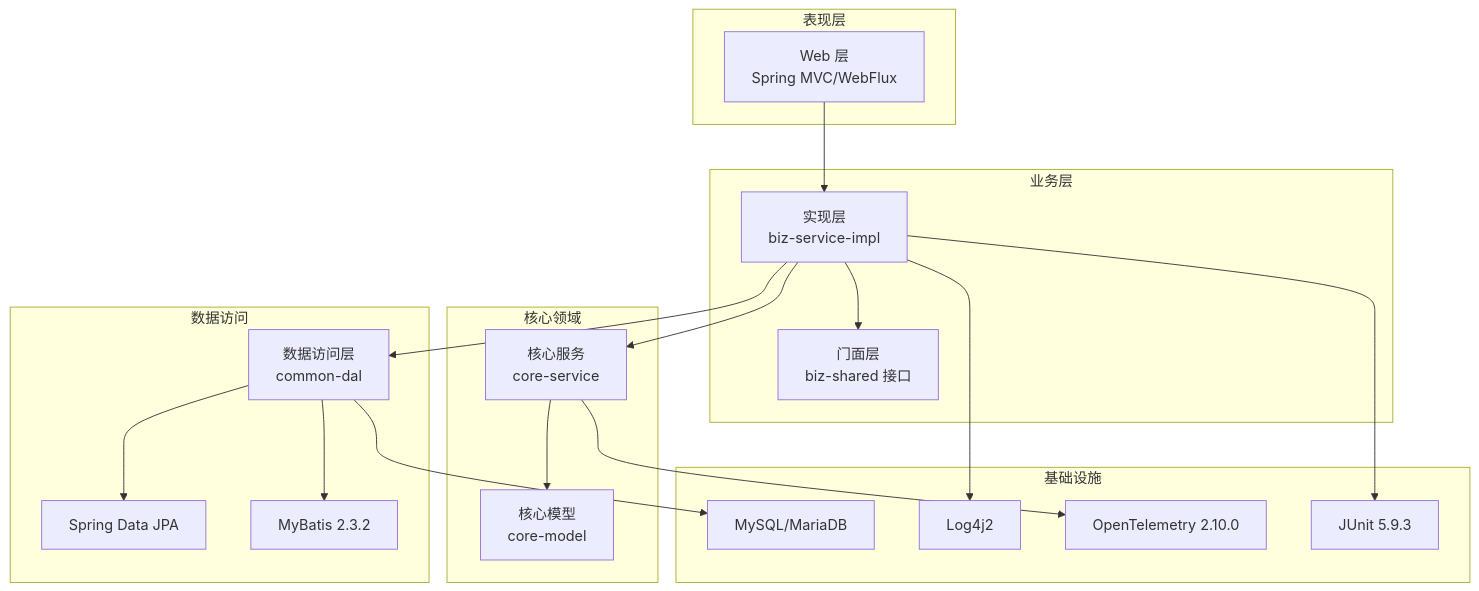
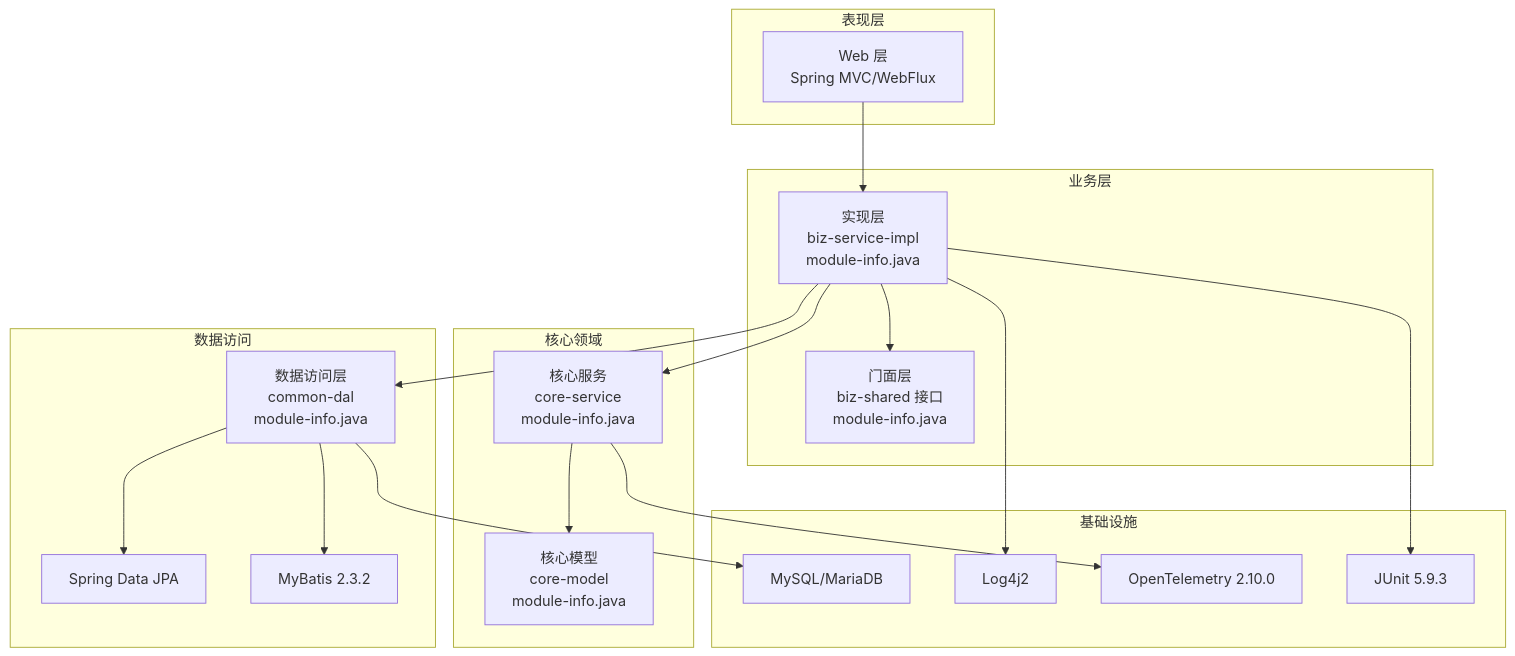
The second of 10 diagrams in .qoder/repowiki/zh/content/项目概述/技术栈.md (magicliang/domain-driven-transaction-sys), drawn with Mermaid before and after one commit. The commit also changed other lines of this file and 16 other files, not shown here.

````diff
--- a/.qoder/repowiki/zh/content/项目概述/技术栈.md
+++ b/.qoder/repowiki/zh/content/项目概述/技术栈.md
@@ -94,36 +111,36 @@
 ```mermaid
 graph TB
 subgraph "表现层"
 Web["Web 层<br/>Spring MVC/WebFlux"]
 end
 subgraph "业务层"
-Facade["门面层<br/>biz-shared 接口"]
-Impl["实现层<br/>biz-service-impl"]
+Facade["门面层<br/>biz-shared 接口<br/>module-info.java"]
+Impl["实现层<br/>biz-service-impl<br/>module-info.java"]
 end
 subgraph "核心领域"
-Model["核心模型<br/>core-model"]
-Service["核心服务<br/>core-service"]
+Model["核心模型<br/>core-model<br/>module-info.java"]
+Service["核心服务<br/>core-service<br/>module-info.java"]
 end
 subgraph "数据访问"
-DAL["数据访问层<br/>common-dal"]
+DAL["数据访问层<br/>common-dal<br/>module-info.java"]
 JPA["Spring Data JPA"]
 MyBatis["MyBatis 2.3.2"]
 end
 subgraph "基础设施"
 DB["MySQL/MariaDB"]
 Log["Log4j2"]
 OTel["OpenTelemetry 2.10.0"]
 Test["JUnit 5.9.3"]
 end
 Web --> Impl
 Impl --> Facade
 Impl --> Service
 Service --> Model
 Impl --> DAL
 DAL --> JPA
 DAL --> MyBatis
 DAL --> DB
 Impl --> Log
 Service --> OTel
 Impl --> Test
 ```
````
